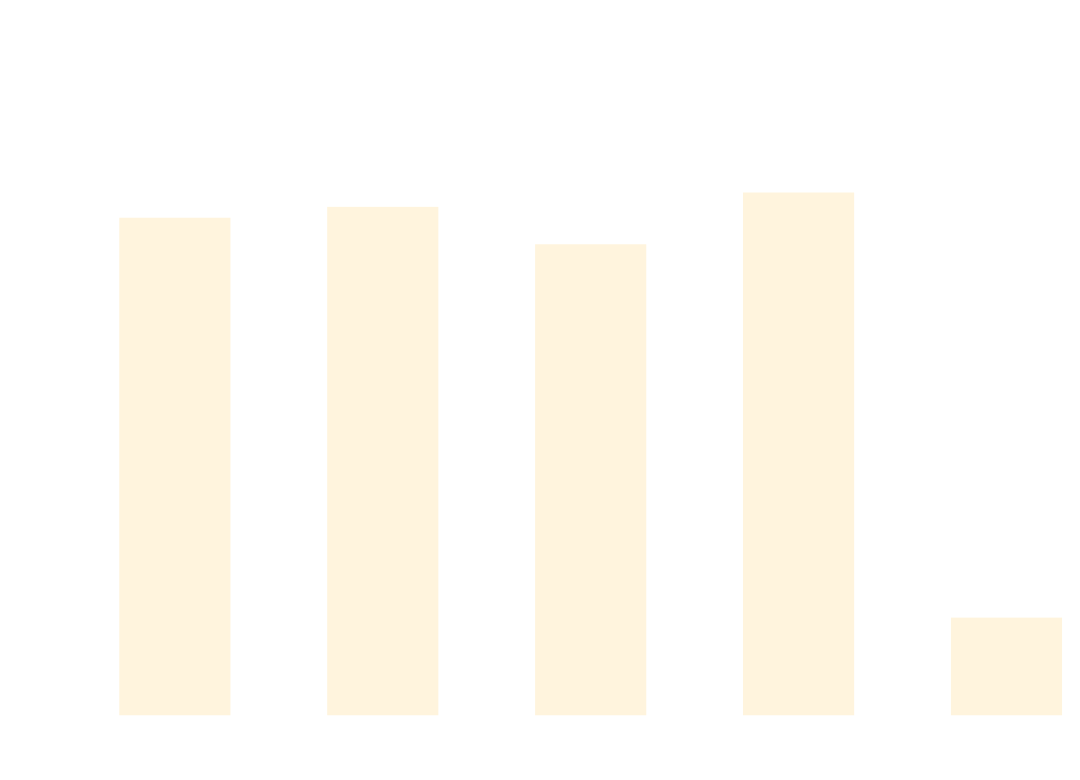
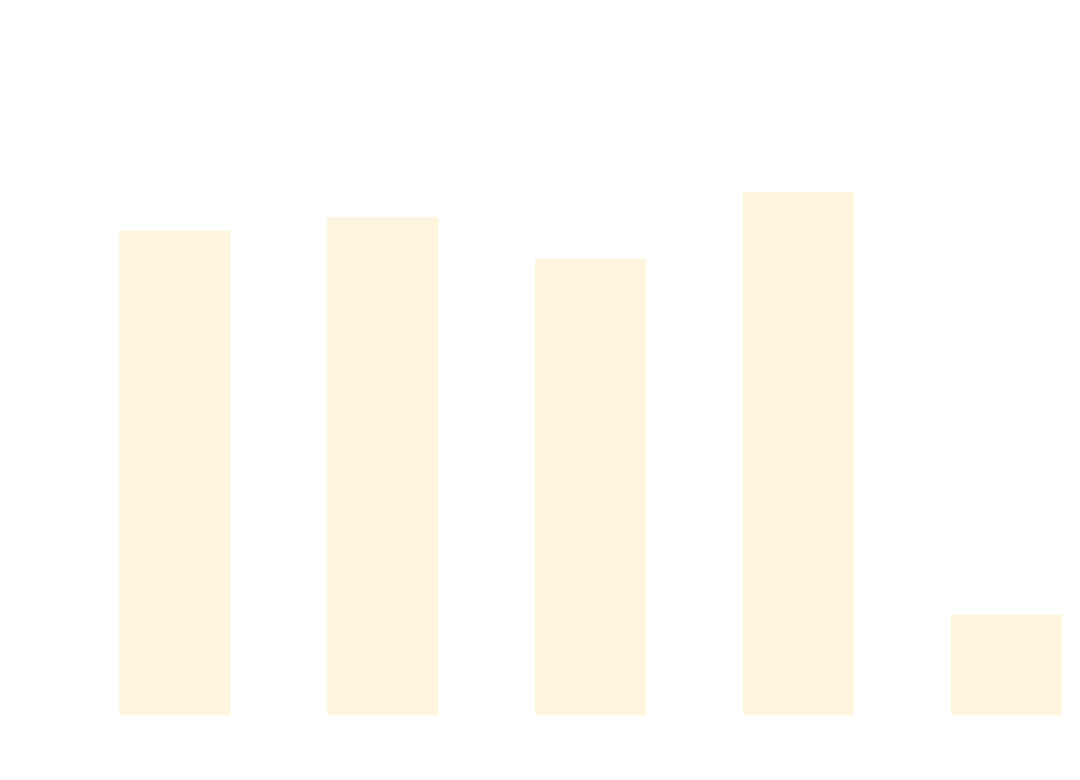
Before and after one commit to thomhurst/TUnit: the diagram in docs/docs/benchmarks/AsyncTests.md, drawn with Mermaid. The commit also changed other lines of this file and 16 other files, not shown here.

````diff
--- a/docs/docs/benchmarks/AsyncTests.md
+++ b/docs/docs/benchmarks/AsyncTests.md
@@ -27,37 +27,37 @@
 ```mermaid
 %%{init: {
   'theme':'base',
   'themeVariables': {
     'primaryColor': '#2563eb',
     'primaryTextColor': '#ffffff',
     'primaryBorderColor': '#1e40af',
     'lineColor': '#6b7280',
     'secondaryColor': '#7c3aed',
     'tertiaryColor': '#dc2626',
     'background': '#ffffff',
     'mainBkg': '#2563eb',
     'secondBkg': '#7c3aed',
     'tertiaryBkg': '#dc2626',
     'clusterBkg': '#f3f4f6',
     'edgeLabelBackground': '#ffffff',
     'tertiaryTextColor': '#1f2937',
     'pie1': '#2563eb',
     'pie2': '#7c3aed',
     'pie3': '#dc2626',
     'pie4': '#f59e0b',
     'pie5': '#10b981',
     'pie6': '#06b6d4',
     'pie7': '#ec4899',
     'pie8': '#6366f1',
     'pie9': '#84cc16',
     'pie10': '#f97316',
     'pie11': '#14b8a6',
     'pie12': '#a855f7'
   }
 }}%%
 xychart-beta
   title "AsyncTests Performance Comparison"
   x-axis ["TUnit", "NUnit", "MSTest", "xUnit3", "TUnit_AOT"]
-  y-axis "Time (ms)" 0 --> 890
-  bar [704.7, 720.5, 666.2, 741.3, 124.6]
+  y-axis "Time (ms)" 0 --> 853
+  bar [657.6, 676.6, 618.3, 710.5, 123.7]
 ```
````
